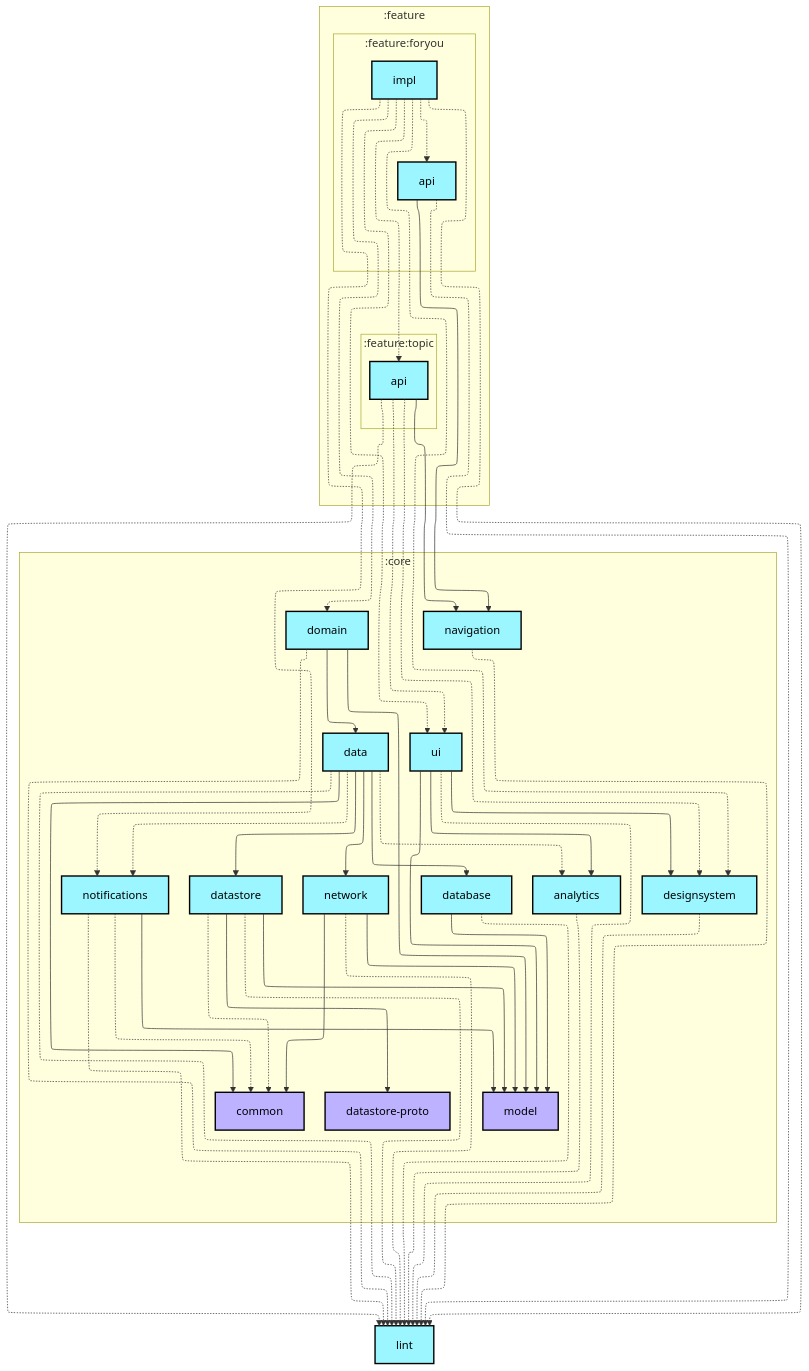
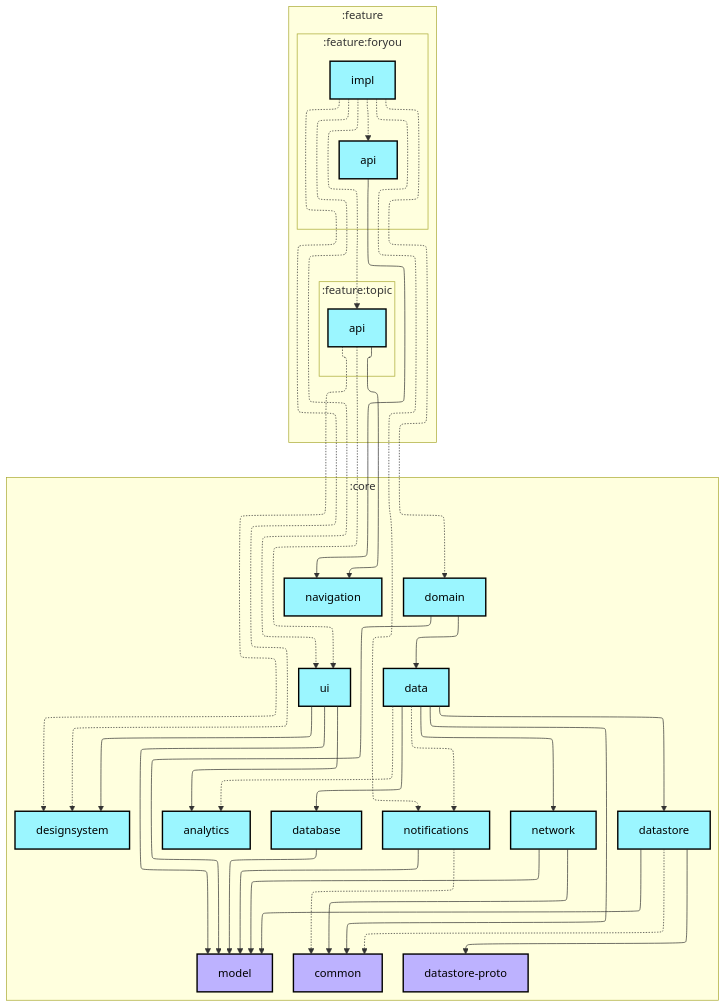
Before and after one commit to android/nowinandroid: the first of 2 diagrams in feature/foryou/impl/README.md, drawn with Mermaid. The commit also changed 30 other files, not shown here.

```diff
--- a/feature/foryou/impl/README.md
+++ b/feature/foryou/impl/README.md
@@ -39,50 +39,36 @@
     :core:notifications[notifications]:::android-library
     :core:ui[ui]:::android-library
   end
-  :lint[lint]:::android-library
 
-  :core:analytics -.-> :lint
   :core:data -.-> :core:analytics
   :core:data --> :core:common
   :core:data --> :core:database
   :core:data --> :core:datastore
   :core:data --> :core:network
   :core:data -.-> :core:notifications
-  :core:data -.-> :lint
   :core:database --> :core:model
-  :core:database -.-> :lint
   :core:datastore -.-> :core:common
   :core:datastore --> :core:datastore-proto
   :core:datastore --> :core:model
-  :core:datastore -.-> :lint
-  :core:designsystem -.-> :lint
   :core:domain --> :core:data
   :core:domain --> :core:model
-  :core:domain -.-> :lint
-  :core:navigation -.-> :lint
   :core:network --> :core:common
   :core:network --> :core:model
-  :core:network -.-> :lint
   :core:notifications -.-> :core:common
   :core:notifications --> :core:model
-  :core:notifications -.-> :lint
   :core:ui --> :core:analytics
   :core:ui --> :core:designsystem
   :core:ui --> :core:model
-  :core:ui -.-> :lint
   :feature:foryou:api --> :core:navigation
-  :feature:foryou:api -.-> :lint
   :feature:foryou:impl -.-> :core:designsystem
   :feature:foryou:impl -.-> :core:domain
   :feature:foryou:impl -.-> :core:notifications
   :feature:foryou:impl -.-> :core:ui
   :feature:foryou:impl -.-> :feature:foryou:api
   :feature:foryou:impl -.-> :feature:topic:api
-  :feature:foryou:impl -.-> :lint
   :feature:topic:api -.-> :core:designsystem
   :feature:topic:api --> :core:navigation
   :feature:topic:api -.-> :core:ui
-  :feature:topic:api -.-> :lint
 
 classDef android-application fill:#CAFFBF,stroke:#000,stroke-width:2px,color:#000;
 classDef android-feature fill:#FFD6A5,stroke:#000,stroke-width:2px,color:#000;
```
